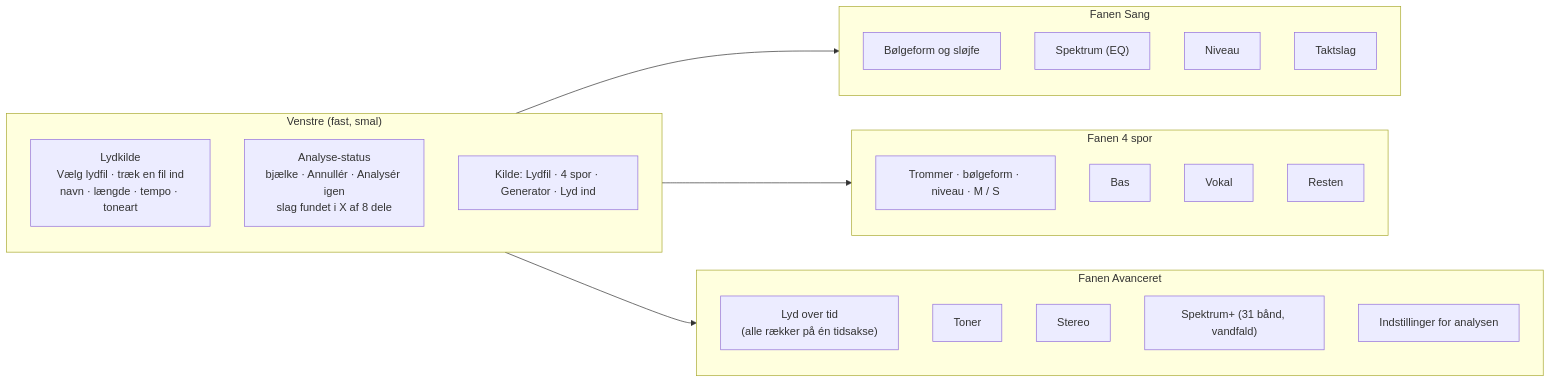
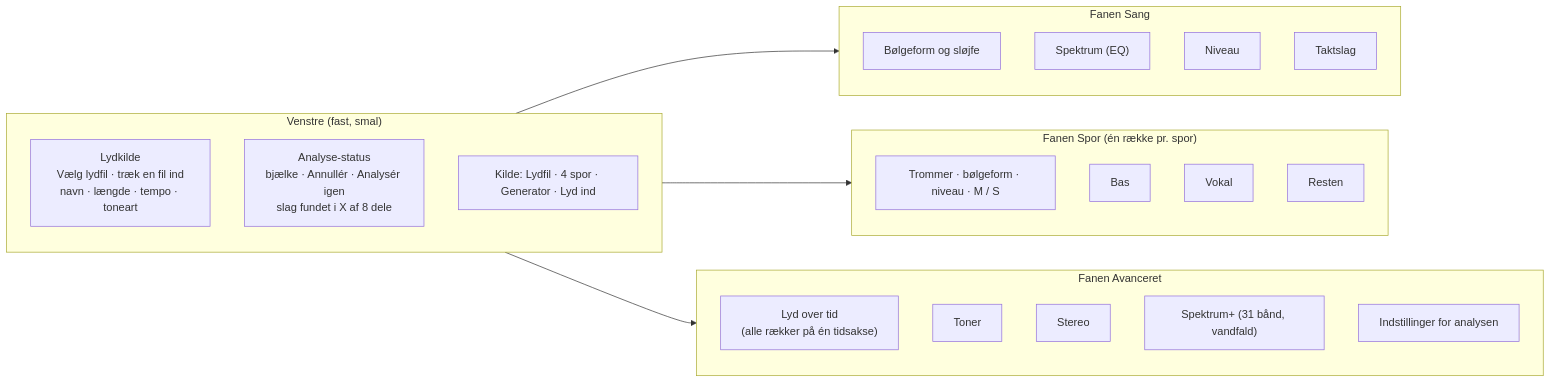
One commit to gjh7nkg4ps-glitch/claude-mv changed the diagram in docs/PLAN-SANG-OG-ANALYSE.md. Above: the diagram before and after it, drawn with Mermaid. The commit also changed other lines of this file and 2 other files, not shown here.

````diff
--- a/docs/PLAN-SANG-OG-ANALYSE.md
+++ b/docs/PLAN-SANG-OG-ANALYSE.md
@@ -108,30 +109,30 @@
 ```mermaid
 flowchart LR
   subgraph V["Venstre (fast, smal)"]
     L1["Lydkilde<br/>Vælg lydfil · træk en fil ind<br/>navn · længde · tempo · toneart"]
     L2["Analyse-status<br/>bjælke · Annullér · Analysér igen<br/>slag fundet i X af 8 dele"]
     L3["Kilde: Lydfil · 4 spor · Generator · Lyd ind"]
   end
   subgraph F1["Fanen Sang"]
     K1["Bølgeform og sløjfe"]
     K2["Spektrum (EQ)"]
     K3["Niveau"]
     K4["Taktslag"]
   end
-  subgraph F2["Fanen 4 spor"]
+  subgraph F2["Fanen Spor (én række pr. spor)"]
     S1["Trommer · bølgeform · niveau · M / S"]
     S2["Bas"]
     S3["Vokal"]
     S4["Resten"]
   end
   subgraph F3["Fanen Avanceret"]
     A1["Lyd over tid<br/>(alle rækker på én tidsakse)"]
     A2["Toner"]
     A3["Stereo"]
     A4["Spektrum+ (31 bånd, vandfald)"]
     A5["Indstillinger for analysen"]
   end
   V --> F1
   V --> F2
   V --> F3
 ```
````
